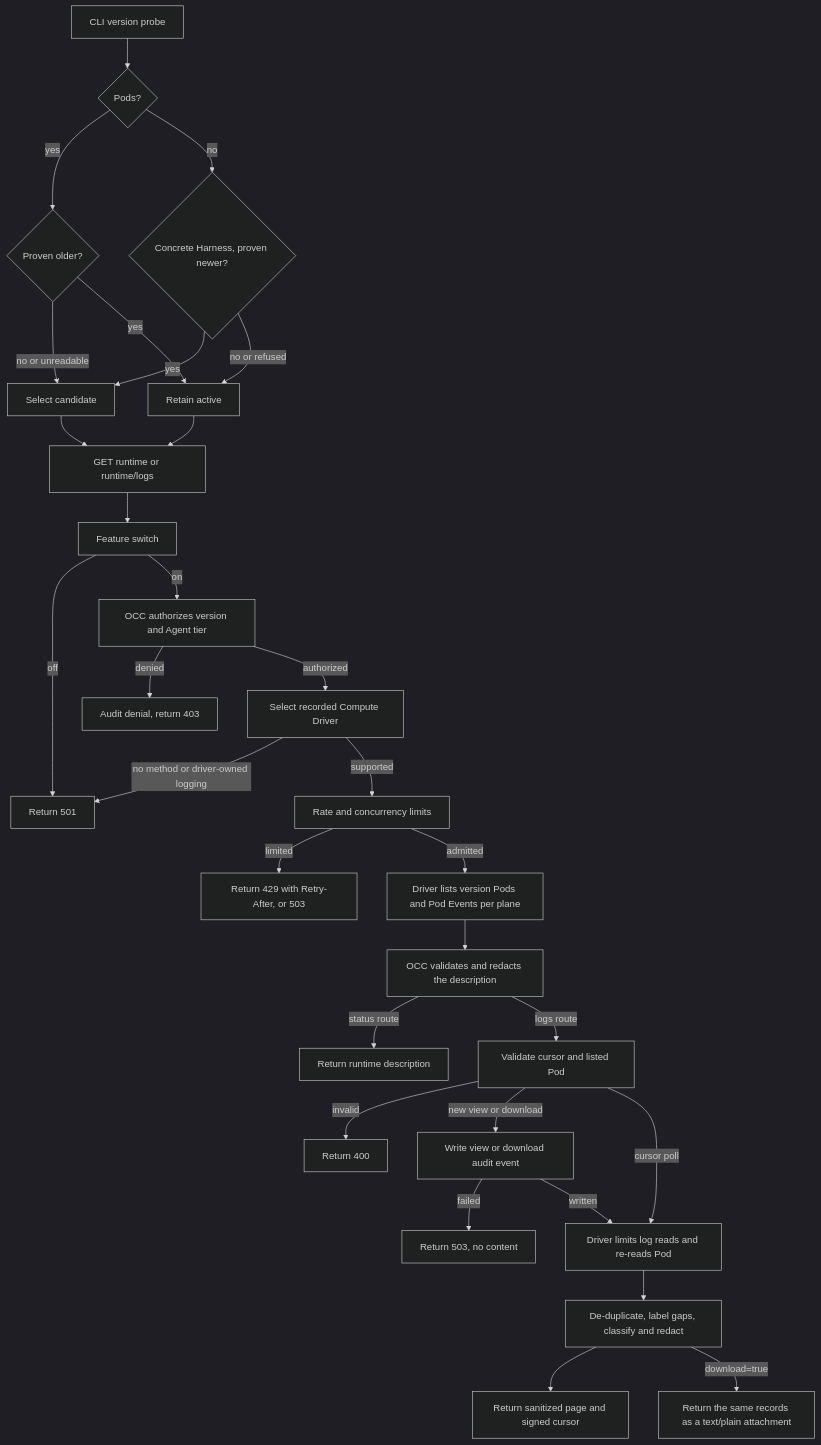
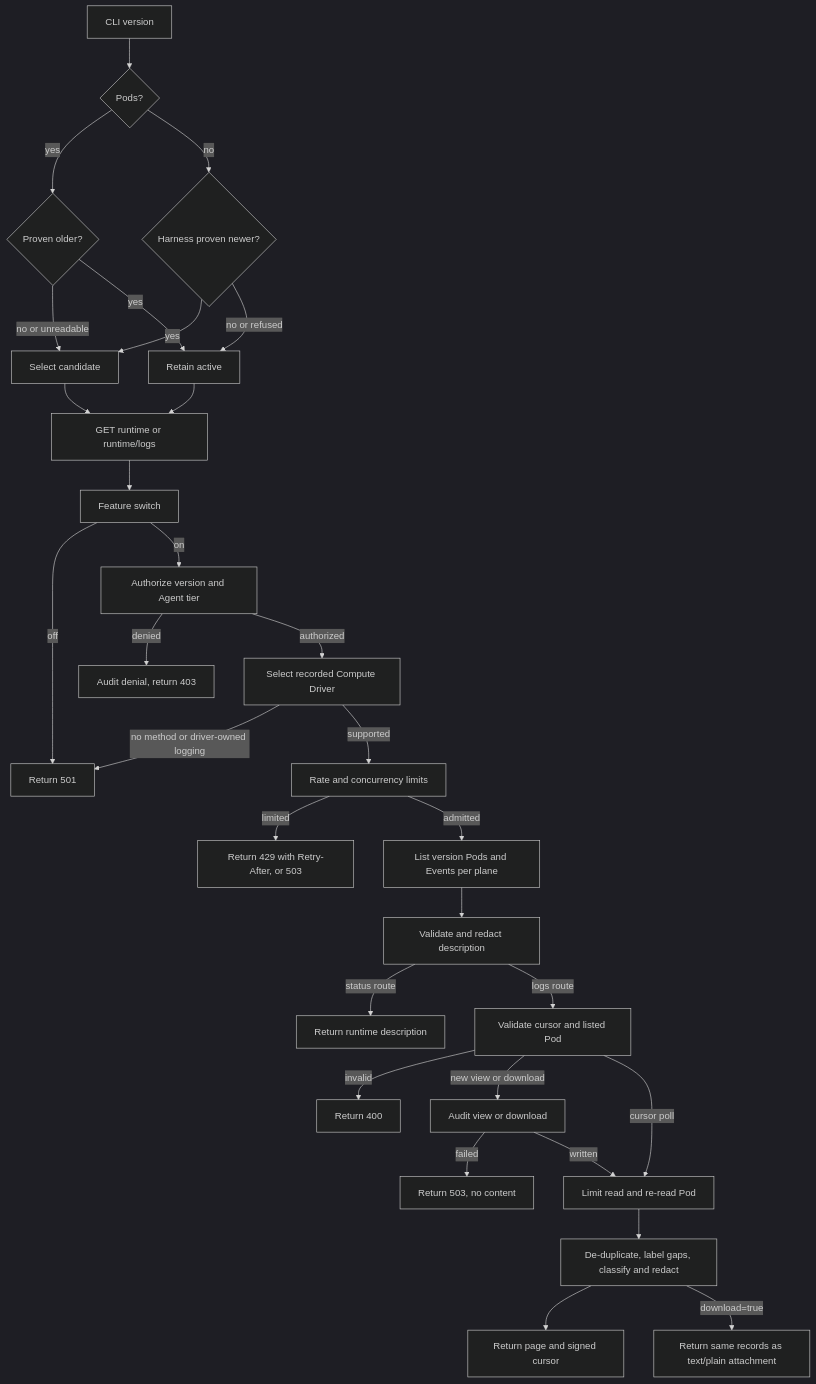
One commit to openclaw/openclaw-enterprise changed the diagram in docs/flows/agent-runtime-logs.md. Above: the diagram before and after it, drawn with Mermaid (dark theme). The commit also changed other lines of this file and 1 other file, not shown here.

Commit message:
Tighten runtime log and Compute reference documentation

````diff
--- a/docs/flows/agent-runtime-logs.md
+++ b/docs/flows/agent-runtime-logs.md
@@ -30,32 +30,32 @@
 ```mermaid
 graph TD
-  V["CLI version probe"] --> W{"Pods?"}
+  V["CLI version"] --> W{"Pods?"}
   W -->|yes| Z{"Proven older?"}
   Z -->|no or unreadable| X["Select candidate"]
   Z -->|yes| Y["Retain active"]
-  W -->|no| T{"Concrete Harness, proven newer?"}
+  W -->|no| T{"Harness proven newer?"}
   T -->|yes| X
   T -->|no or refused| Y
   X --> A["GET runtime or runtime/logs"]
   Y --> A
   A --> B["Feature switch"]
   B -->|off| C["Return 501"]
-  B -->|on| E["OCC authorizes version and Agent tier"]
+  B -->|on| E["Authorize version and Agent tier"]
   E -->|denied| F["Audit denial, return 403"]
   E -->|authorized| G["Select recorded Compute Driver"]
   G -->|no method or driver-owned logging| C
   G -->|supported| S["Rate and concurrency limits"]
   S -->|limited| D["Return 429 with Retry-After, or 503"]
-  S -->|admitted| H["Driver lists version Pods and Pod Events per plane"]
-  H --> I["OCC validates and redacts the description"]
+  S -->|admitted| H["List version Pods and Events per plane"]
+  H --> I["Validate and redact description"]
   I -->|status route| J["Return runtime description"]
   I -->|logs route| K["Validate cursor and listed Pod"]
   K -->|invalid| L["Return 400"]
-  K -->|new view or download| M["Write view or download audit event"]
+  K -->|new view or download| M["Audit view or download"]
   M -->|failed| N["Return 503, no content"]
-  M -->|written| O["Driver limits log reads and re-reads Pod"]
+  M -->|written| O["Limit read and re-read Pod"]
   K -->|cursor poll| O
   O --> P["De-duplicate, label gaps, classify and redact"]
-  P --> Q["Return sanitized page and signed cursor"]
-  P -->|download=true| R["Return the same records as a text/plain attachment"]
+  P --> Q["Return page and signed cursor"]
+  P -->|download=true| R["Return same records as text/plain attachment"]
 ```
````
